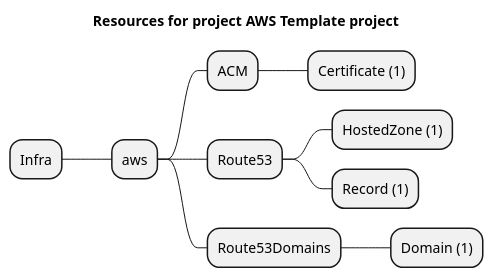
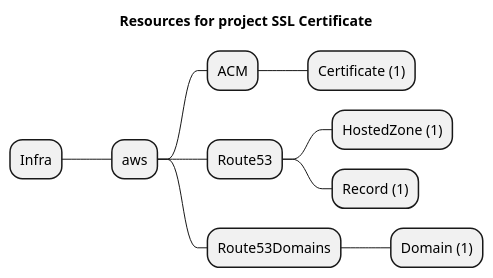
One commit to grucloud/grucloud changed the diagram in examples/aws/ACM/certificate/artifacts/resources-mindmap.puml. Above: the diagram before and after it, drawn with PlantUML. The commit also changed 41 other files, not shown here.

```diff
--- a/examples/aws/ACM/certificate/artifacts/resources-mindmap.puml
+++ b/examples/aws/ACM/certificate/artifacts/resources-mindmap.puml
@@ -1,13 +1,13 @@
 @startmindmap
-title Resources for project AWS Template project
+title Resources for project SSL Certificate
 skinparam monochrome true
 + Infra
 ++ aws
 +++ ACM
 ++++ Certificate (1)
 +++ Route53
 ++++ HostedZone (1)
 ++++ Record (1)
 +++ Route53Domains
 ++++ Domain (1)
 @endmindmap
```
